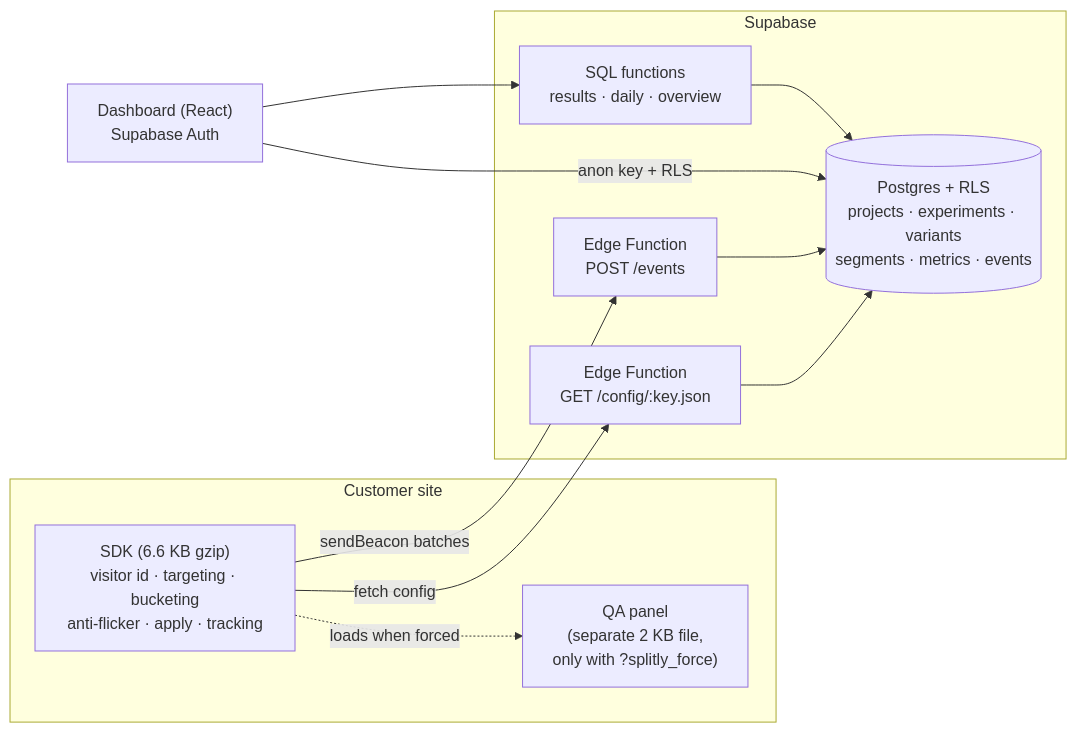
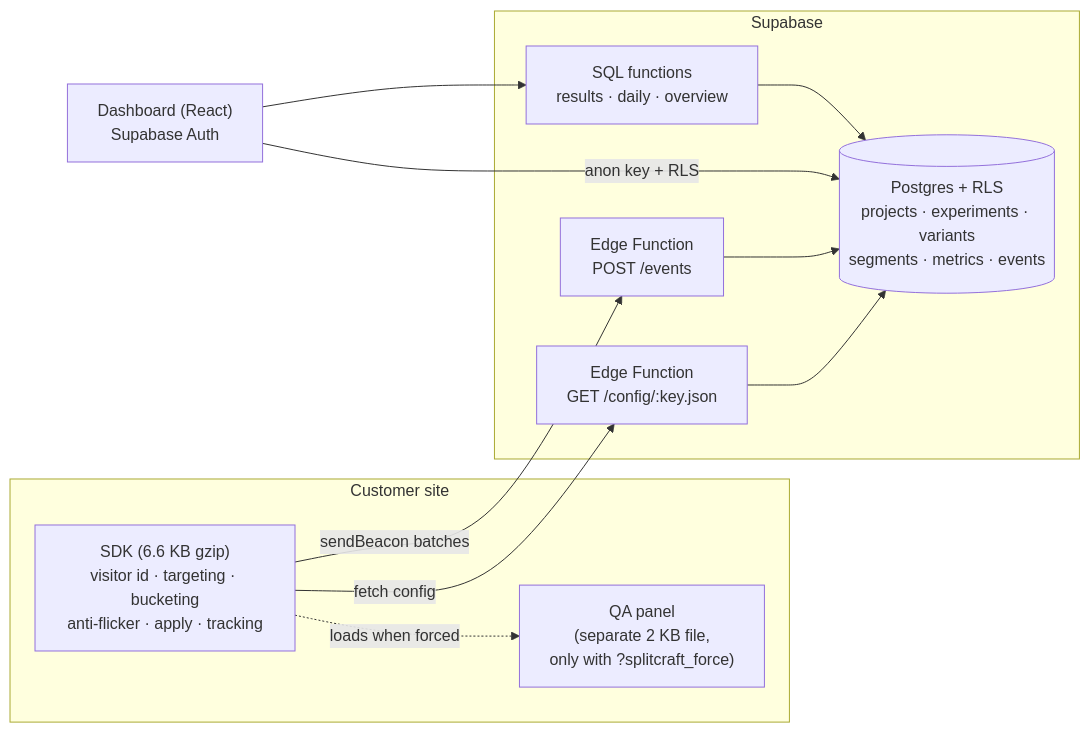
One commit to dhriti-kumawat/splitcraft changed the diagram in README.md. Above: the diagram before and after it, drawn with Mermaid. The commit also changed other lines of this file and 88 other files, not shown here.

First line of the commit message:
chore: rename Splitly to Splitcraft (#29)

````diff
--- a/README.md
+++ b/README.md
@@ -35,20 +35,20 @@
 ```mermaid
 flowchart LR
   subgraph Site["Customer site"]
     SDK["SDK (6.6 KB gzip)<br/>visitor id · targeting · bucketing<br/>anti-flicker · apply · tracking"]
-    QA["QA panel<br/>(separate 2 KB file,<br/>only with ?splitly_force)"]
+    QA["QA panel<br/>(separate 2 KB file,<br/>only with ?splitcraft_force)"]
   end
   subgraph Supabase
     CFG["Edge Function<br/>GET /config/:key.json"]
     EVT["Edge Function<br/>POST /events"]
     DB[("Postgres + RLS<br/>projects · experiments · variants<br/>segments · metrics · events")]
     SQL["SQL functions<br/>results · daily · overview"]
   end
   DASH["Dashboard (React)<br/>Supabase Auth"]
 
   SDK -- "fetch config" --> CFG --> DB
   SDK -- "sendBeacon batches" --> EVT --> DB
   SDK -. "loads when forced" .-> QA
   DASH -- "anon key + RLS" --> DB
   DASH --> SQL --> DB
 ```
````
